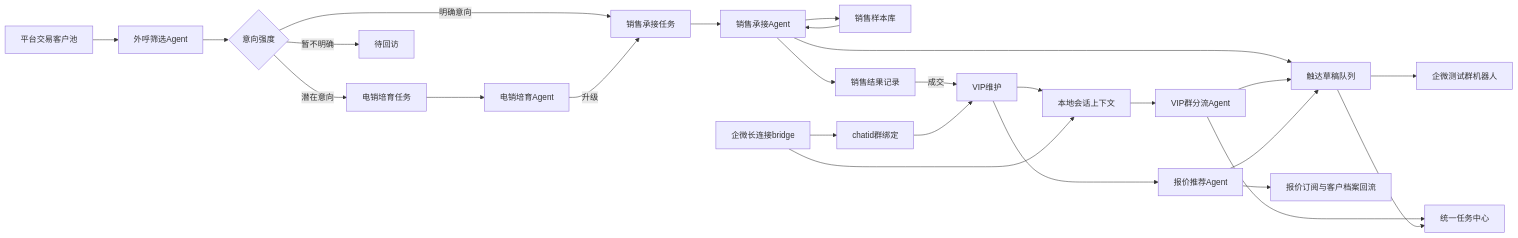
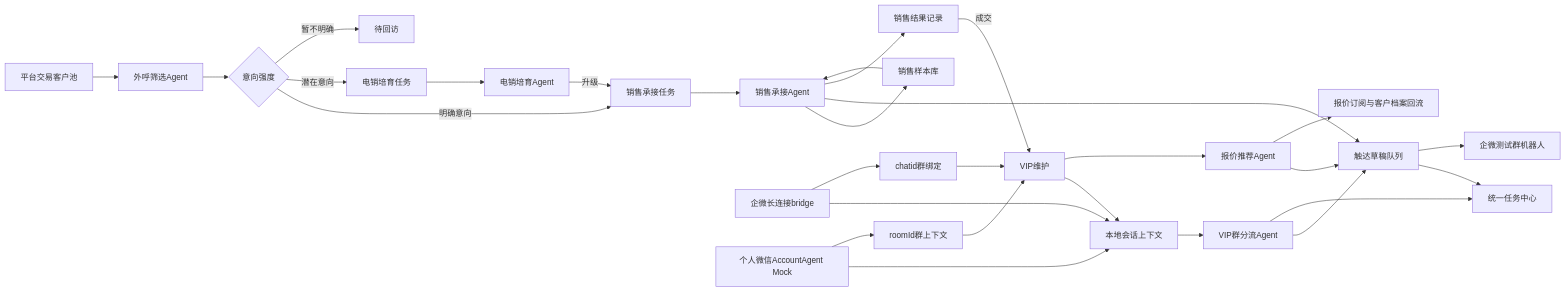
One commit to JUJUJUN313/customer-ops-agent-console changed the diagram in docs/PROJECT.md. Above: the diagram before and after it, drawn with Mermaid. The commit also changed other lines of this file and 13 other files, not shown here.

````diff
--- a/docs/PROJECT.md
+++ b/docs/PROJECT.md
@@ -9,28 +9,31 @@
 ```mermaid
 flowchart LR
   A["平台交易客户池"] --> B["外呼筛选Agent"]
   B --> C{"意向强度"}
   C -->|"明确意向"| D["销售承接任务"]
   C -->|"潜在意向"| E["电销培育任务"]
   C -->|"暂不明确"| F["待回访"]
   E --> G["电销培育Agent"]
   G -->|"升级"| D
   D --> H["销售承接Agent"]
   H --> O["销售样本库"]
   O --> H
   H --> Q["触达草稿队列"]
   H --> I["销售结果记录"]
   I -->|"成交"| J["VIP维护"]
   J --> P["本地会话上下文"]
   P --> K["VIP群分流Agent"]
   X["企微长连接bridge"] --> P
+  Z["个人微信AccountAgent Mock"] --> P
   X --> Y["chatid群绑定"]
+  Z --> R["roomId群上下文"]
   Y --> J
+  R --> J
   J --> L["报价推荐Agent"]
   K --> Q
   L --> Q
   K --> M["统一任务中心"]
   L --> N["报价订阅与客户档案回流"]
   Q --> M
   Q --> W["企微测试群机器人"]
 ```
````
